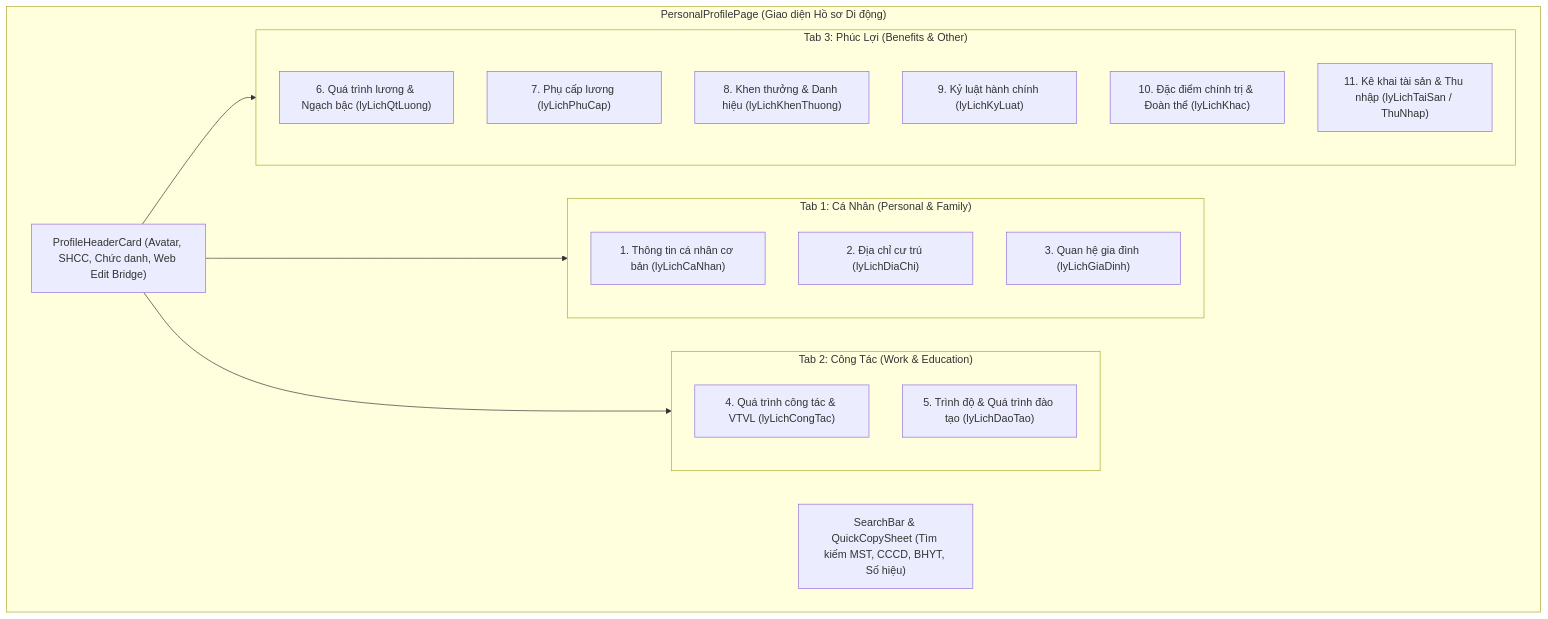
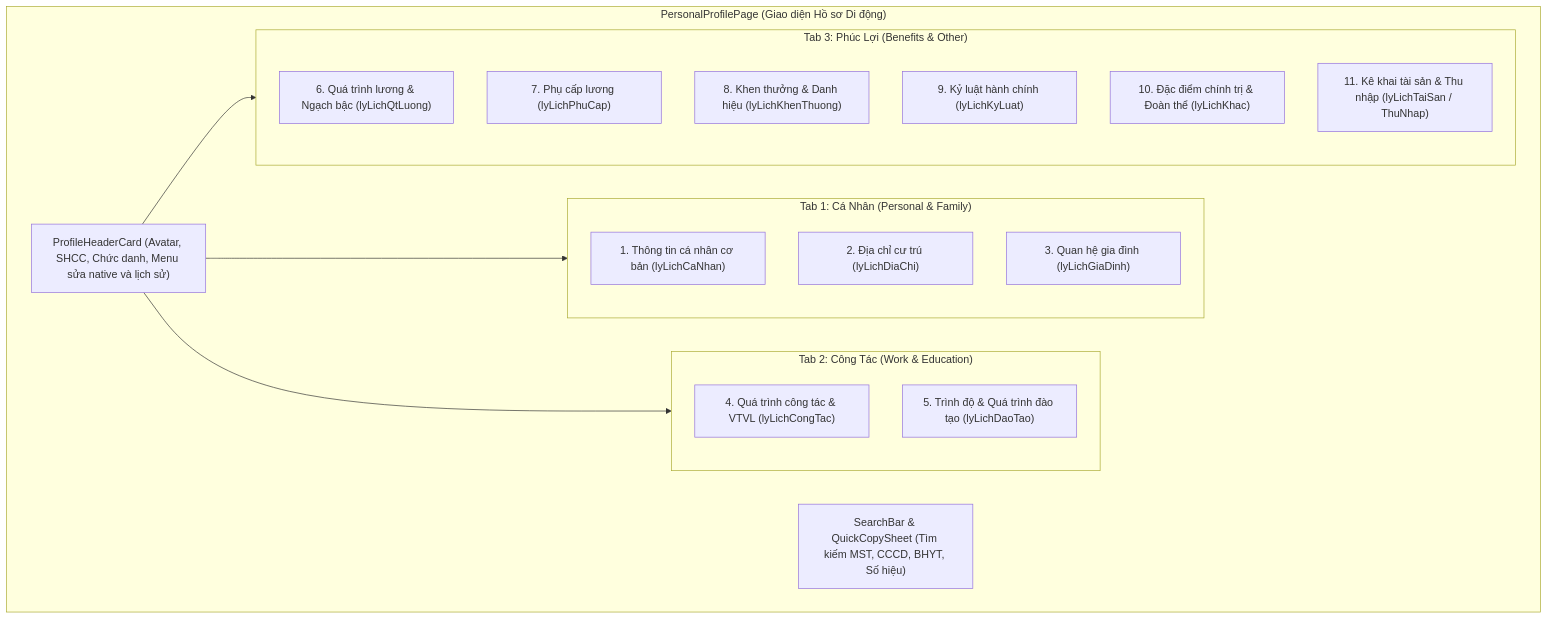
The first of 2 diagrams in docs/03_REQUIREMENT_PACK_PROFILE.md (xchinh/Report-DATN), drawn with Mermaid before and after one commit. The commit also changed other lines of this file and 10 other files, not shown here.

````diff
--- a/docs/03_REQUIREMENT_PACK_PROFILE.md
+++ b/docs/03_REQUIREMENT_PACK_PROFILE.md
@@ -58,31 +50,31 @@
 ```mermaid
 flowchart TD
     subgraph UI_PAGE["PersonalProfilePage (Giao diện Hồ sơ Di động)"]
-        HEADER["ProfileHeaderCard (Avatar, SHCC, Chức danh, Web Edit Bridge)"]
+        HEADER["ProfileHeaderCard (Avatar, SHCC, Chức danh, Menu sửa native và lịch sử)"]
         SEARCH["SearchBar & QuickCopySheet (Tìm kiếm MST, CCCD, BHYT, Số hiệu)"]
         
         subgraph TAB1["Tab 1: Cá Nhân (Personal & Family)"]
             T1_1["1. Thông tin cá nhân cơ bản (lyLichCaNhan)"]
             T1_2["2. Địa chỉ cư trú (lyLichDiaChi)"]
             T1_3["3. Quan hệ gia đình (lyLichGiaDinh)"]
         end
 
         subgraph TAB2["Tab 2: Công Tác (Work & Education)"]
             T2_1["4. Quá trình công tác & VTVL (lyLichCongTac)"]
             T2_2["5. Trình độ & Quá trình đào tạo (lyLichDaoTao)"]
         end
 
         subgraph TAB3["Tab 3: Phúc Lợi (Benefits & Other)"]
             T3_1["6. Quá trình lương & Ngạch bậc (lyLichQtLuong)"]
             T3_2["7. Phụ cấp lương (lyLichPhuCap)"]
             T3_3["8. Khen thưởng & Danh hiệu (lyLichKhenThuong)"]
             T3_4["9. Kỷ luật hành chính (lyLichKyLuat)"]
             T3_5["10. Đặc điểm chính trị & Đoàn thể (lyLichKhac)"]
             T3_6["11. Kê khai tài sản & Thu nhập (lyLichTaiSan / ThuNhap)"]
         end
     end
 
     HEADER --> TAB1
     HEADER --> TAB2
     HEADER --> TAB3
 ```
````
